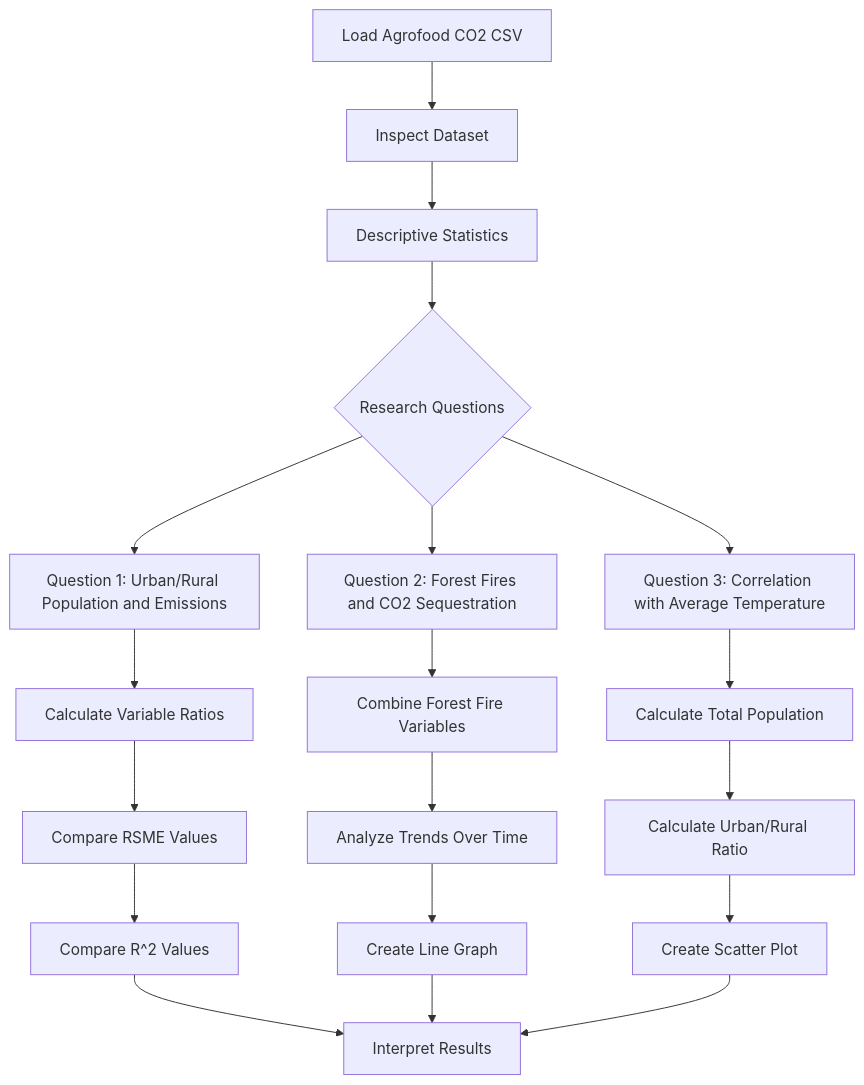
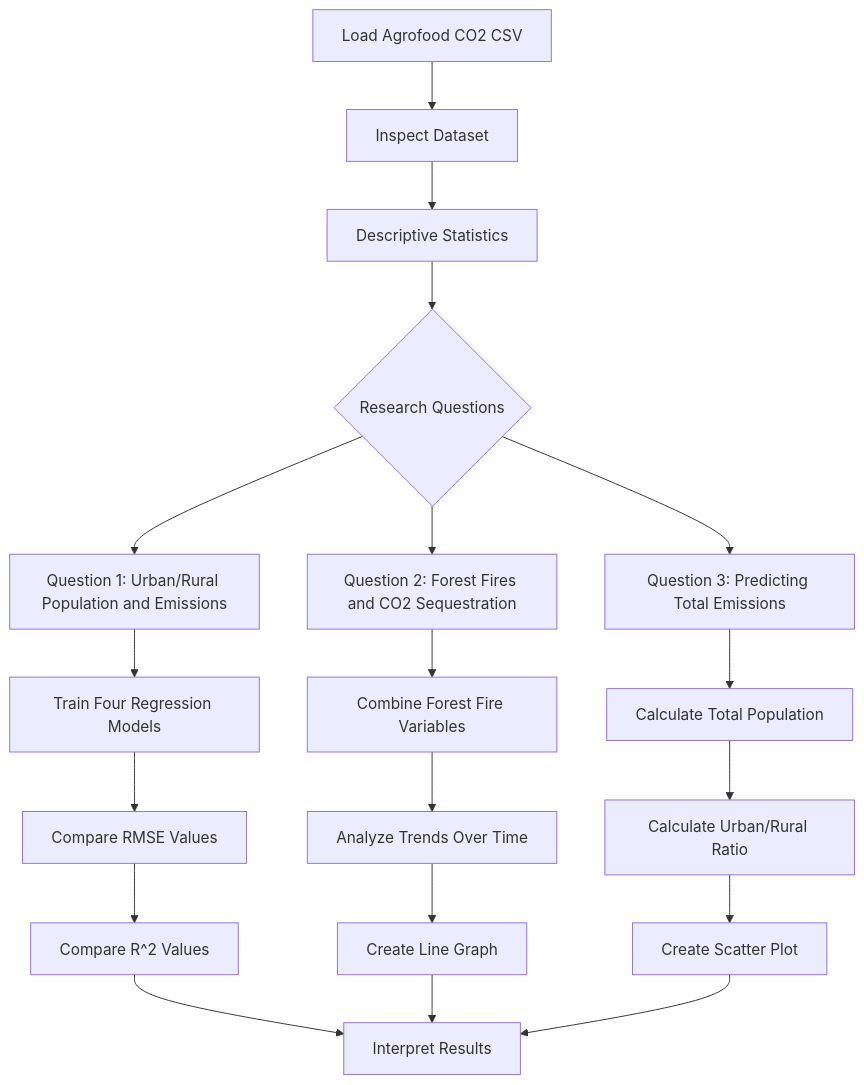
Before and after one commit to BlueWolfpack/IDS706-Assignment-2: the diagram in README.md, drawn with Mermaid. The commit also changed other lines of this file and 14 other files, not shown here.

````diff
--- a/README.md
+++ b/README.md
@@ -85,27 +117,27 @@
 ```mermaid
 flowchart TD
    A[Load Agrofood CO2 CSV] --> B[Inspect Dataset]
    B --> C[Descriptive Statistics]
 
    C --> D{Research Questions}
 
-   D --> Q1[Question 3: Correlation with Average Temperature]
+   D --> Q1[Question 3: Predicting Total Emissions]
    D --> Q2[Question 2: Forest Fires and CO2 Sequestration]
    D --> Q3[Question 1: Urban/Rural Population and Emissions]
 
-   Q3 --> Q3A[Calculate Variable Ratios]
-   Q3A --> Q3B[Compare RSME Values]
+   Q3 --> Q3A[Train Four Regression Models]
+   Q3A --> Q3B[Compare RMSE Values]
    Q3B --> Q3C[Compare R^2 Values]
 
    Q2 --> Q2A[Combine Forest Fire Variables]
    Q2A --> Q2B[Analyze Trends Over Time]
    Q2B --> Q2C[Create Line Graph]
 
    Q1 --> Q1A[Calculate Total Population]
    Q1A --> Q1B[Calculate Urban/Rural Ratio]
    Q1B --> Q1C[Create Scatter Plot]
 
    Q3C --> E[Interpret Results]
    Q2C --> E
    Q1C --> E
 ```
````
